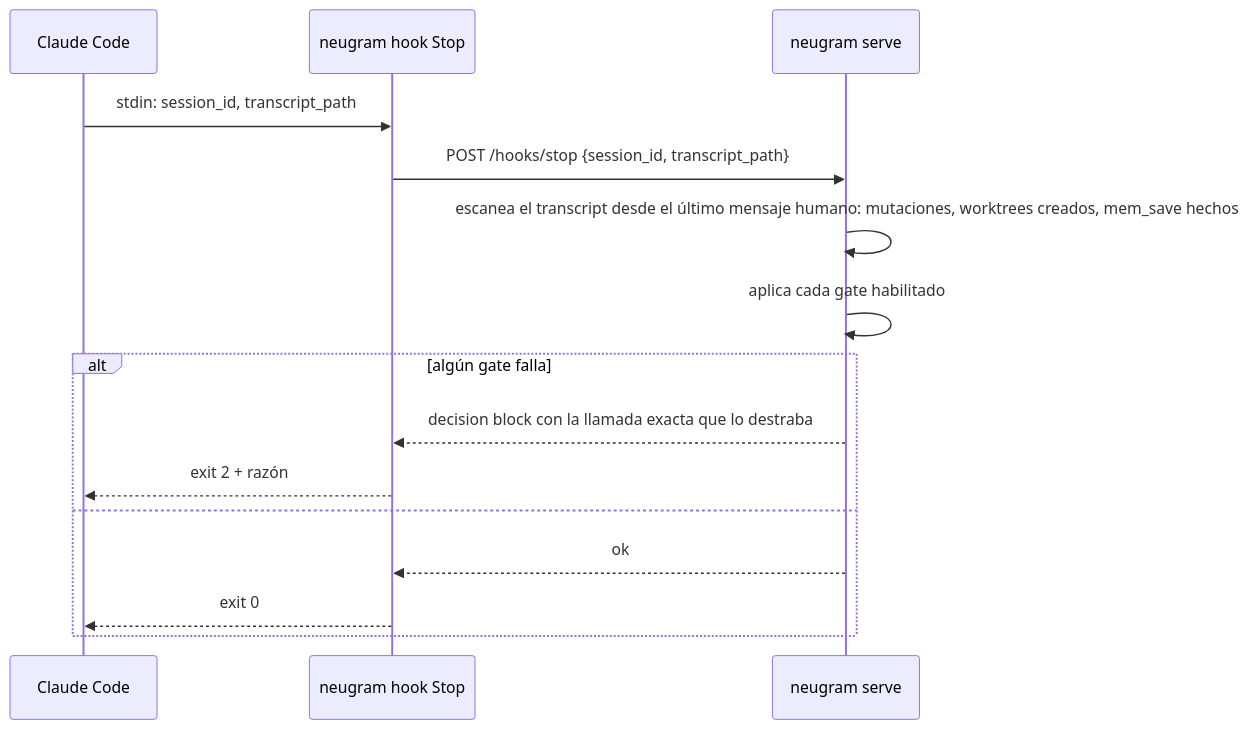
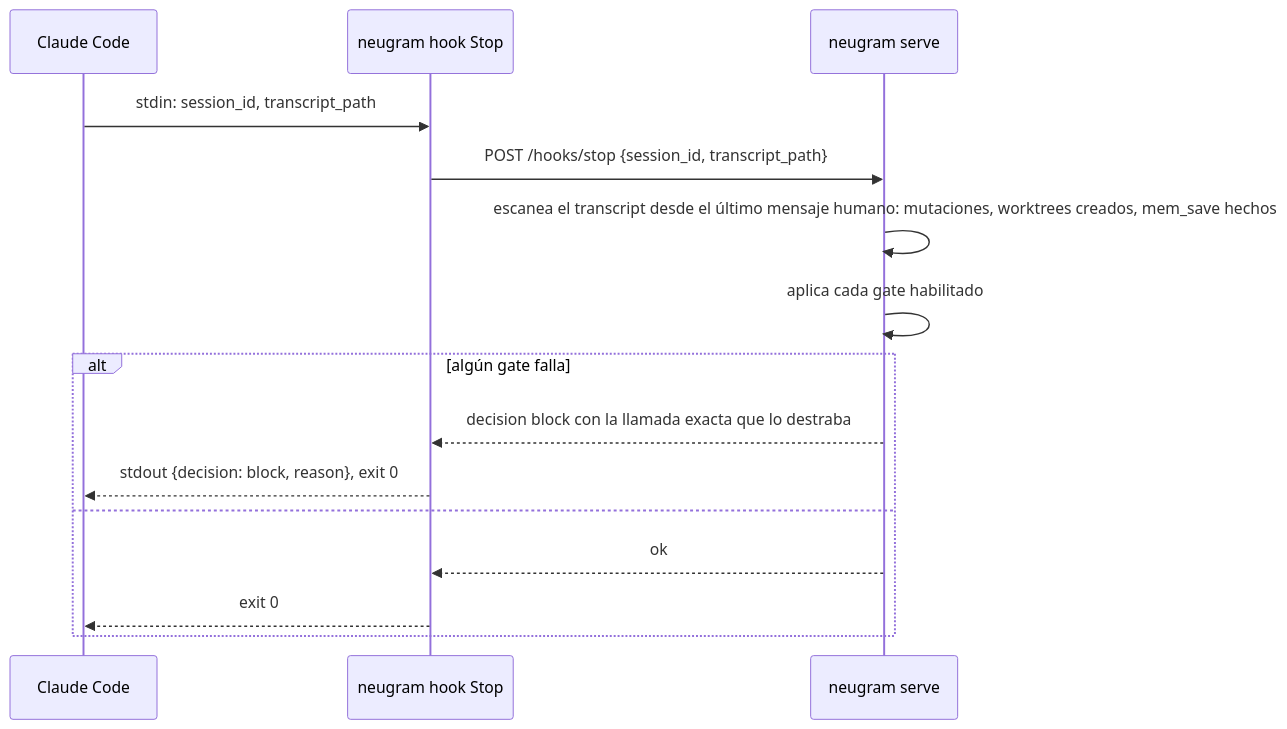
One commit to rcrespodev/neugram changed the fifth of 5 diagrams in docs/architecture.md. Above: the diagram before and after it, drawn with Mermaid. The commit also changed other lines of this file and 4 other files, not shown here.

````diff
--- a/docs/architecture.md
+++ b/docs/architecture.md
@@ -134,17 +134,17 @@
 ```mermaid
 sequenceDiagram
     participant CC as Claude Code
     participant K as neugram hook Stop
     participant D as neugram serve
     CC->>K: stdin: session_id, transcript_path
     K->>D: POST /hooks/stop {session_id, transcript_path}
     D->>D: escanea el transcript desde el último mensaje humano: mutaciones, worktrees creados, mem_save hechos
     D->>D: aplica cada gate habilitado
     alt algún gate falla
         D-->>K: decision block con la llamada exacta que lo destraba
-        K-->>CC: exit 2 + razón
+        K-->>CC: stdout {decision: block, reason}, exit 0
     else
         D-->>K: ok
         K-->>CC: exit 0
     end
 ```
````
